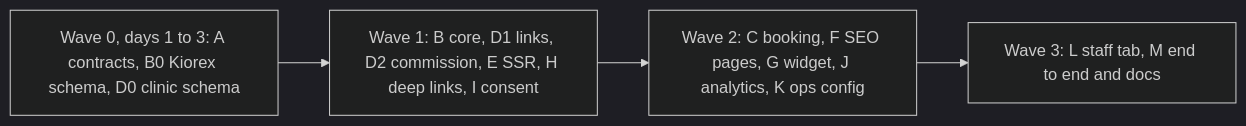
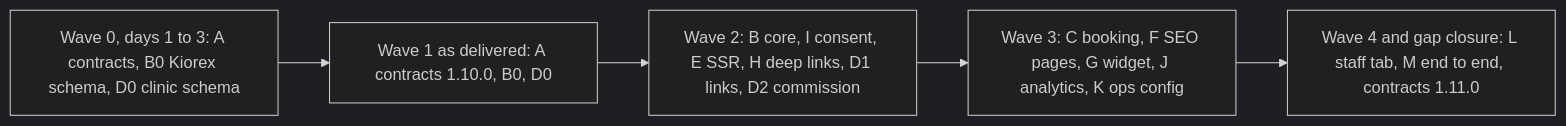
The diagram in _docs/rev23/KX-33_Growth_Engine_Implementation_Roadmap_and_Agent_Handoff.md (mshall/kiorex-workspace), drawn with Mermaid (dark theme) before and after one commit. The commit also changed other lines of this file and 37 other files, not shown here.

````diff
--- a/_docs/rev23/KX-33_Growth_Engine_Implementation_Roadmap_and_Agent_Handoff.md
+++ b/_docs/rev23/KX-33_Growth_Engine_Implementation_Roadmap_and_Agent_Handoff.md
@@ -64,8 +65,9 @@
 ```mermaid
 flowchart LR
   W0["Wave 0, days 1 to 3: A contracts, B0 Kiorex schema, D0 clinic schema"]
-  W1["Wave 1: B core, D1 links, D2 commission, E SSR, H deep links, I consent"]
-  W2["Wave 2: C booking, F SEO pages, G widget, J analytics, K ops config"]
-  W3["Wave 3: L staff tab, M end to end and docs"]
-  W0 --> W1 --> W2 --> W3
+  W1["Wave 1 as delivered: A contracts 1.10.0, B0, D0"]
+  W2["Wave 2: B core, I consent, E SSR, H deep links, D1 links, D2 commission"]
+  W3["Wave 3: C booking, F SEO pages, G widget, J analytics, K ops config"]
+  W4["Wave 4 and gap closure: L staff tab, M end to end, contracts 1.11.0"]
+  W0 --> W1 --> W2 --> W3 --> W4
 ```
````
